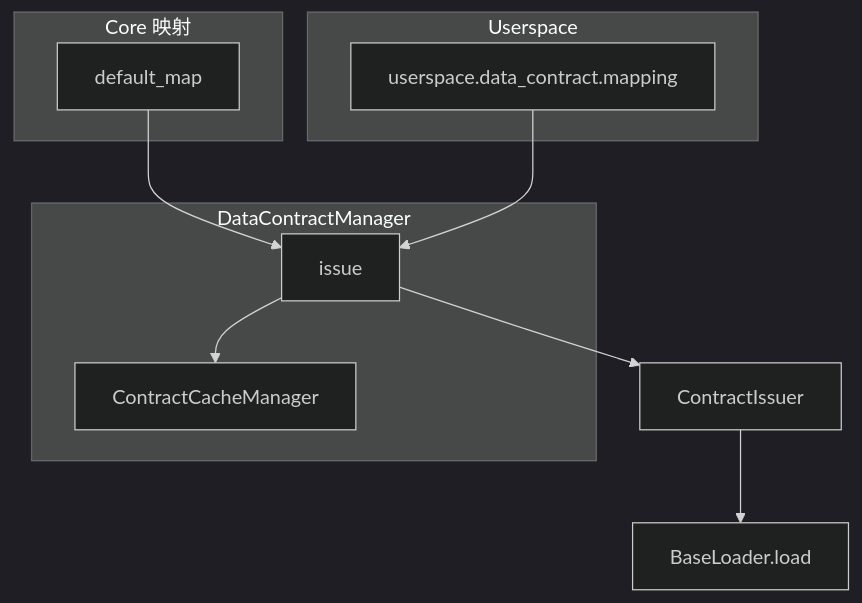
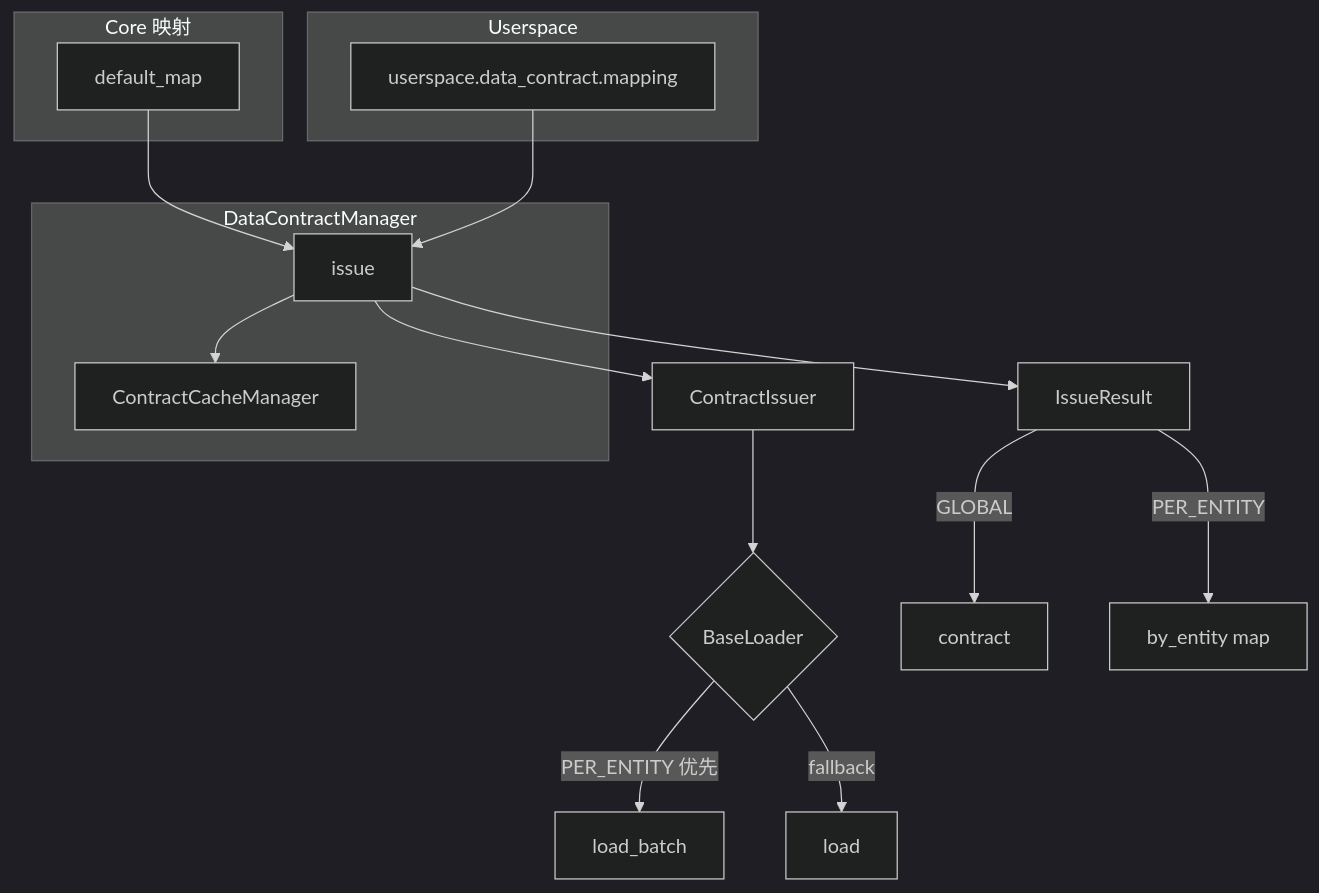
The diagram in core/modules/data_contract/docs/ARCHITECTURE.md (garnet1985/new-tea-quant), drawn with Mermaid (dark theme) before and after one commit. The commit also changed other lines of this file and 26 other files, not shown here.

Commit message:
consolidate loading into data contract, then make backtest load multiple stock rather than one

````diff
--- a/core/modules/data_contract/docs/ARCHITECTURE.md
+++ b/core/modules/data_contract/docs/ARCHITECTURE.md
@@ -56,18 +58,23 @@
 ```mermaid
 flowchart TB
   subgraph core [Core 映射]
     M[default_map]
   end
   subgraph user [Userspace]
     U[userspace.data_contract.mapping]
   end
   subgraph dcm [DataContractManager]
     I[issue]
     C[ContractCacheManager]
   end
   M --> I
   U --> I
   I --> C
   I --> Issuer[ContractIssuer]
-  Issuer --> L[BaseLoader.load]
+  Issuer --> L{BaseLoader}
+  L -->|PER_ENTITY 优先| LB[load_batch]
+  L -->|fallback| LS[load]
+  I --> IR[IssueResult]
+  IR -->|GLOBAL| SC[contract]
+  IR -->|PER_ENTITY| BE[by_entity map]
 ```
````
